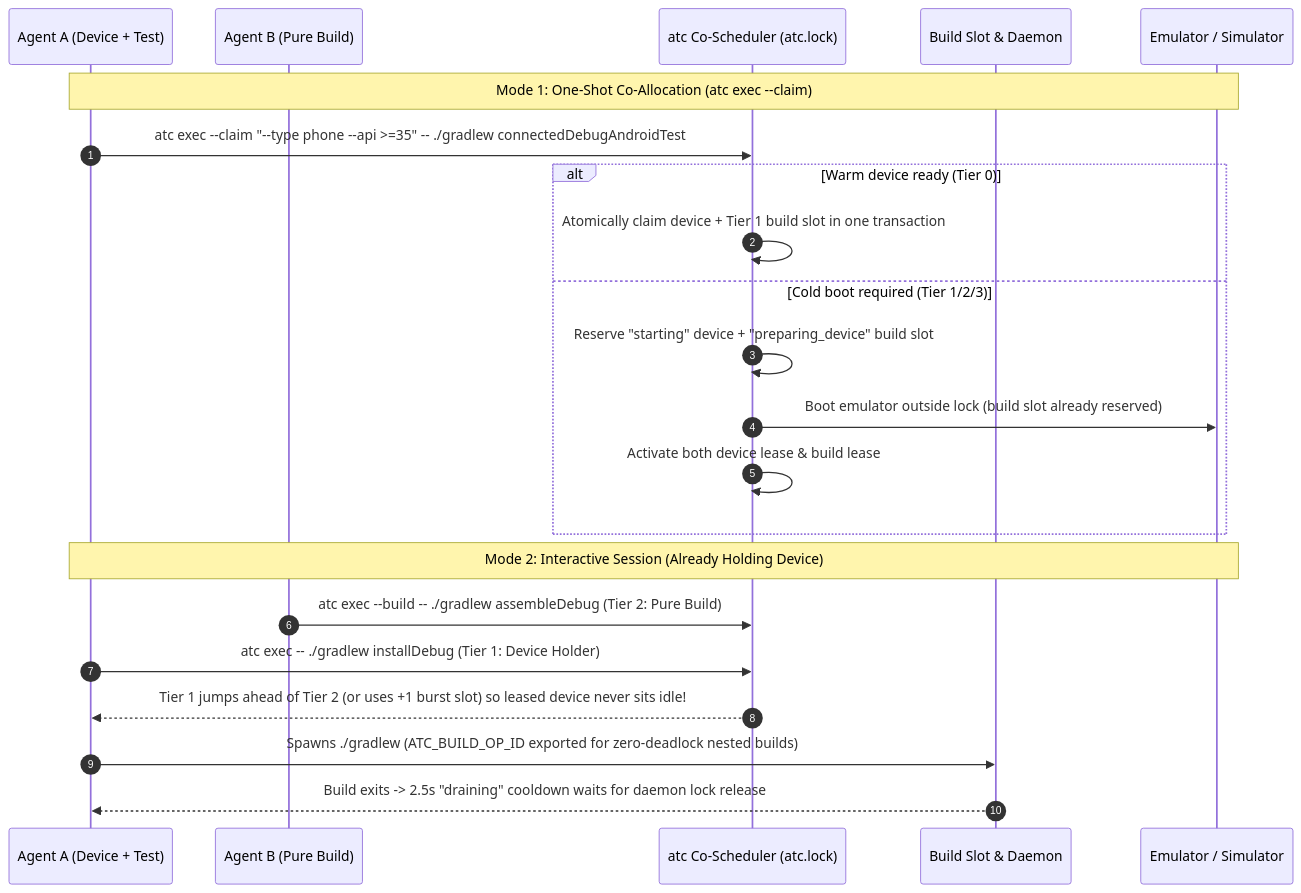
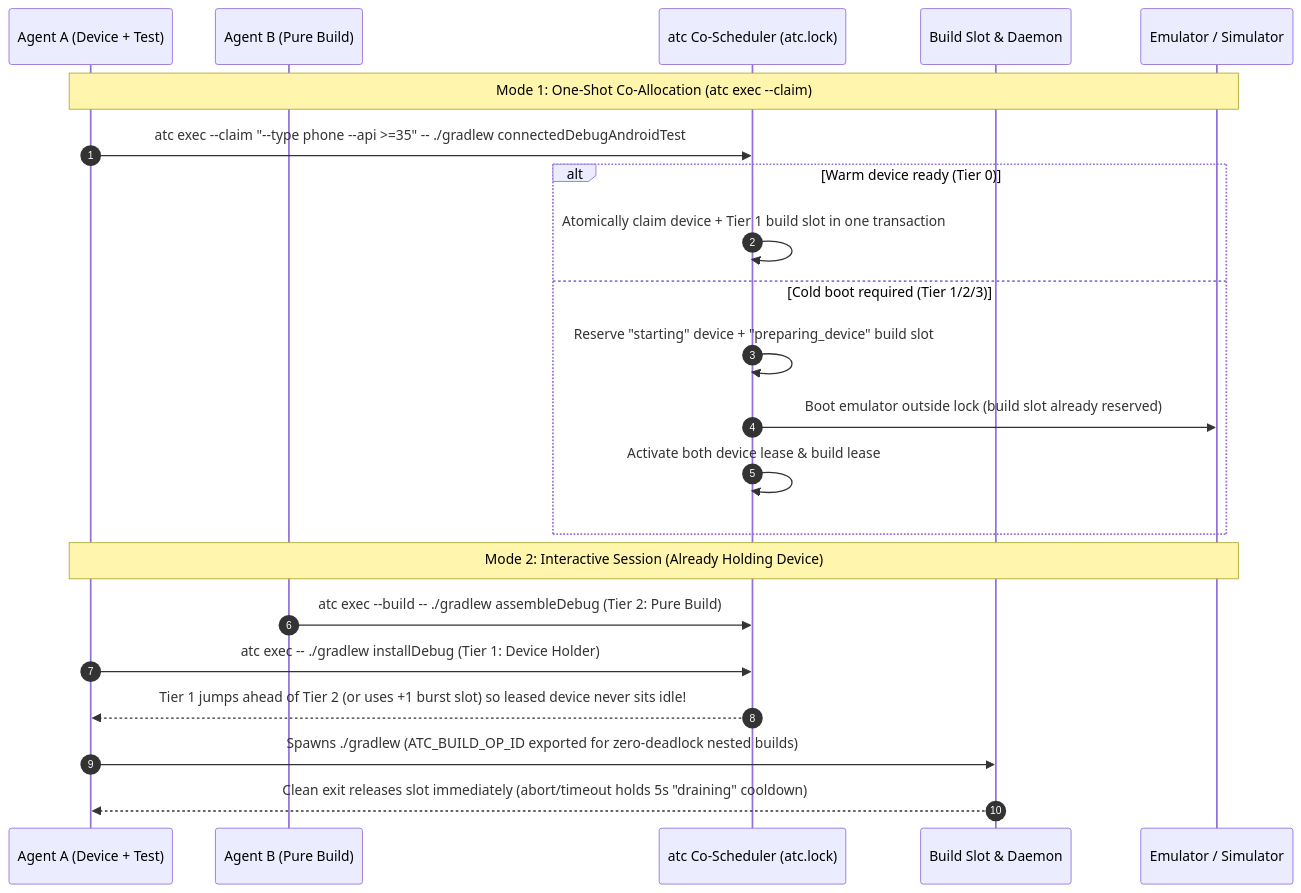
The third of 6 diagrams in docs/user-guide.md (rock3r/atc), drawn with Mermaid before and after one commit. The commit also changed other lines of this file and 7 other files, not shown here.

Commit message:
fix(build): handle quoted shell paths, shell xcodebuild destinations, Bazel startup flags, and draining docs

````diff
--- a/docs/user-guide.md
+++ b/docs/user-guide.md
@@ -146,26 +146,26 @@
 ```mermaid
 sequenceDiagram
     autonumber
     participant AgentA as Agent A (Device + Test)
     participant AgentB as Agent B (Pure Build)
     participant ATC as atc Co-Scheduler (atc.lock)
     participant Build as Build Slot & Daemon
     participant Dev as Emulator / Simulator
 
     Note over AgentA,Dev: Mode 1: One-Shot Co-Allocation (atc exec --claim)
     AgentA->>ATC: atc exec --claim "--type phone --api >=35" -- ./gradlew connectedDebugAndroidTest
     alt Warm device ready (Tier 0)
         ATC->>ATC: Atomically claim device + Tier 1 build slot in one transaction
     else Cold boot required (Tier 1/2/3)
         ATC->>ATC: Reserve "starting" device + "preparing_device" build slot
         ATC->>Dev: Boot emulator outside lock (build slot already reserved)
         ATC->>ATC: Activate both device lease & build lease
     end
 
     Note over AgentA,Dev: Mode 2: Interactive Session (Already Holding Device)
     AgentB->>ATC: atc exec --build -- ./gradlew assembleDebug (Tier 2: Pure Build)
     AgentA->>ATC: atc exec -- ./gradlew installDebug (Tier 1: Device Holder)
     ATC-->>AgentA: Tier 1 jumps ahead of Tier 2 (or uses +1 burst slot) so leased device never sits idle!
     AgentA->>Build: Spawns ./gradlew (ATC_BUILD_OP_ID exported for zero-deadlock nested builds)
-    Build-->>AgentA: Build exits -> 2.5s "draining" cooldown waits for daemon lock release
+    Build-->>AgentA: Clean exit releases slot immediately (abort/timeout holds 5s "draining" cooldown)
 ```
````
